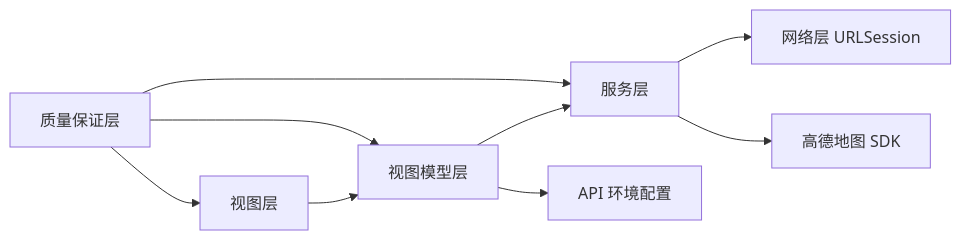
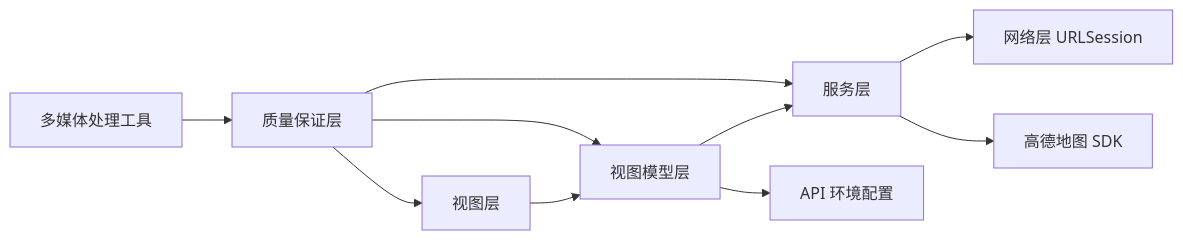
Before and after one commit to Jayden23018/blind-run-ios: the fourth of 4 diagrams in .qoder/repowiki/zh/content/开发指南/开发环境配置/开发环境配置.md, drawn with Mermaid. The commit also changed other lines of this file and 29 other files, not shown here.

````diff
--- a/.qoder/repowiki/zh/content/开发指南/开发环境配置/开发环境配置.md
+++ b/.qoder/repowiki/zh/content/开发指南/开发环境配置/开发环境配置.md
@@ -317,11 +390,12 @@
 ```mermaid
 graph LR
 View["视图层"] --> VM["视图模型层"]
 VM --> Service["服务层"]
 Service --> Net["网络层 URLSession"]
 Service --> MapSDK["高德地图 SDK"]
 VM --> Config["API 环境配置"]
-QA["质量保证层"] --> View
+MP["多媒体处理工具"] --> QA["质量保证层"]
+QA --> View
 QA --> VM
 QA --> Service
 ```
````
